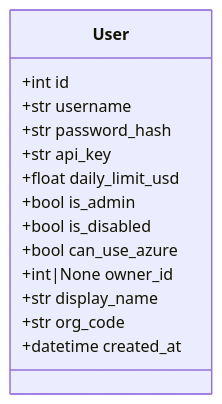
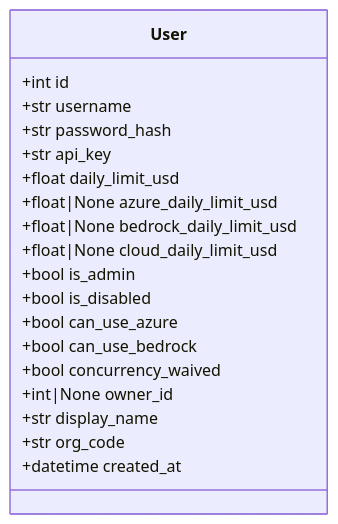
One commit to bwinken/llm-gateway changed the second of 3 diagrams in app/models/README.md. Above: the diagram before and after it, drawn with Mermaid. The commit also changed other lines of this file and 6 other files, not shown here.

````diff
--- a/app/models/README.md
+++ b/app/models/README.md
@@ -59,17 +96,22 @@
 ```mermaid
 classDiagram
     class User {
         +int id
         +str username
         +str password_hash
         +str api_key
         +float daily_limit_usd
+        +float|None azure_daily_limit_usd
+        +float|None bedrock_daily_limit_usd
+        +float|None cloud_daily_limit_usd
         +bool is_admin
         +bool is_disabled
         +bool can_use_azure
+        +bool can_use_bedrock
+        +bool concurrency_waived
         +int|None owner_id
         +str display_name
         +str org_code
         +datetime created_at
     }
 ```
````
